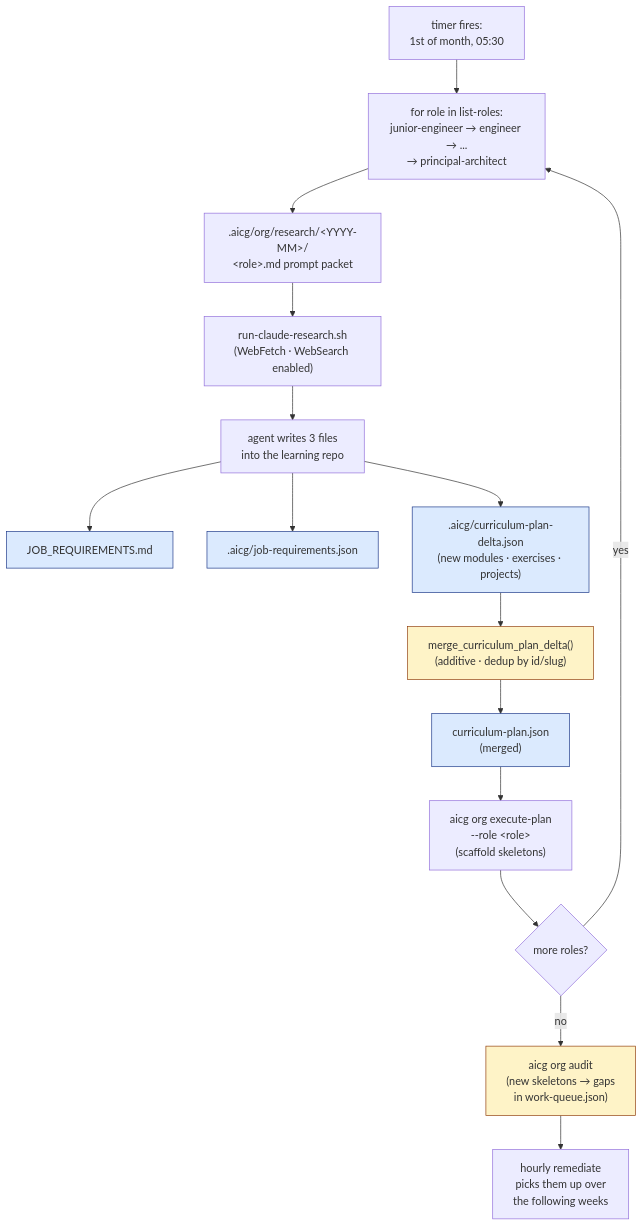
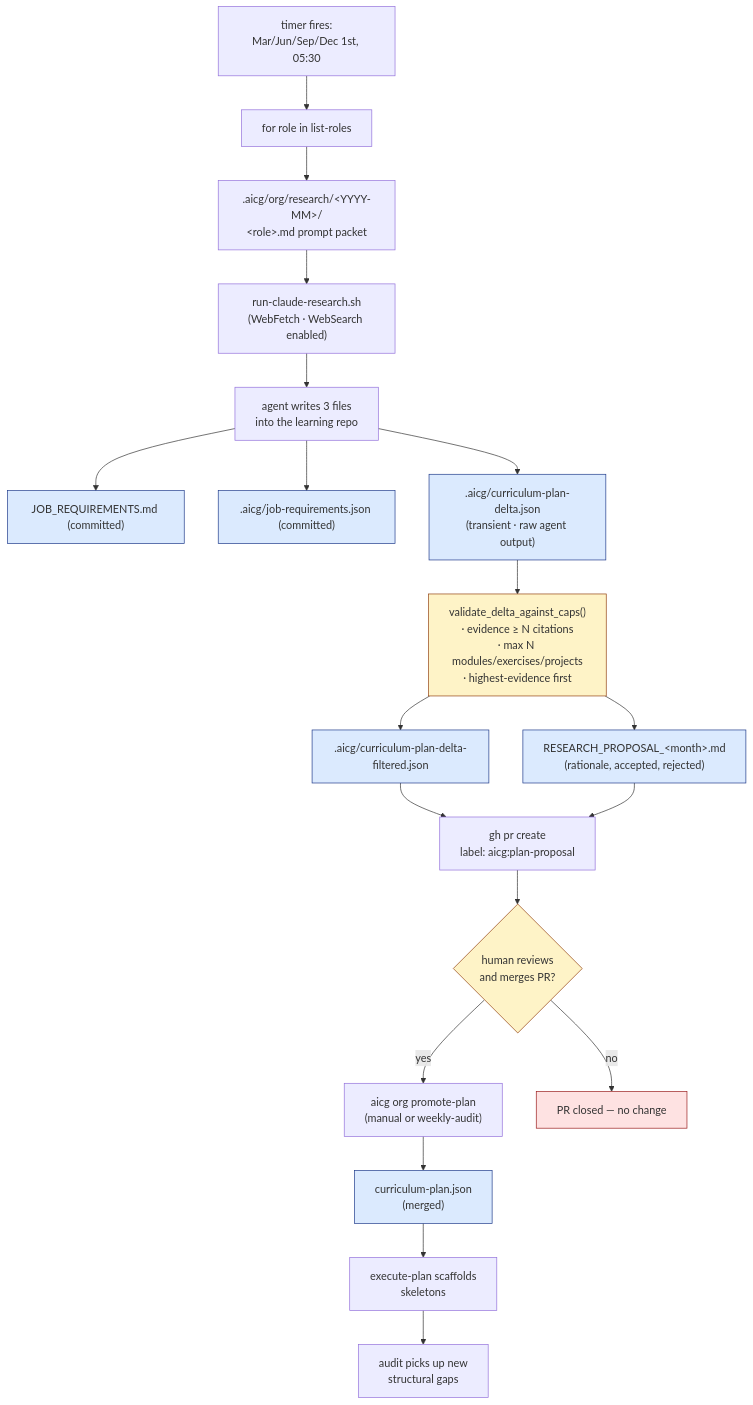
Before and after one commit to ai-infra-curriculum/ai-infra-content-generator: the fourth of 6 diagrams in docs/ARCHITECTURE.md, drawn with Mermaid. The commit also changed other lines of this file and 7 other files, not shown here.

First line of the commit message:
feat: research never auto-merges curriculum — proposals only

````diff
--- a/docs/ARCHITECTURE.md
+++ b/docs/ARCHITECTURE.md
@@ -140,37 +142,42 @@
 ```mermaid
 flowchart TD
-    Tick["timer fires:<br/>1st of month, 05:30"]
-    Loop["for role in list-roles:<br/>junior-engineer → engineer → ...<br/>→ principal-architect"]
+    Tick["timer fires:<br/>Mar/Jun/Sep/Dec 1st, 05:30"]
+    Loop["for role in list-roles"]
     WritePrompt[".aicg/org/research/&lt;YYYY-MM&gt;/<br/>&lt;role&gt;.md prompt packet"]
     Agent["run-claude-research.sh<br/>(WebFetch · WebSearch enabled)"]
     Outputs["agent writes 3 files<br/>into the learning repo"]
-    JRM["JOB_REQUIREMENTS.md"]
-    JRJ[".aicg/job-requirements.json"]
-    Delta[".aicg/curriculum-plan-delta.json<br/>(new modules · exercises · projects)"]
-    Merge["merge_curriculum_plan_delta()<br/>(additive · dedup by id/slug)"]
+    JRM["JOB_REQUIREMENTS.md (committed)"]
+    JRJ[".aicg/job-requirements.json (committed)"]
+    Delta[".aicg/curriculum-plan-delta.json<br/>(transient · raw agent output)"]
+    Validate["validate_delta_against_caps()<br/>· evidence ≥ N citations<br/>· max N modules/exercises/projects<br/>· highest-evidence first"]
+    Filtered[".aicg/curriculum-plan-delta-filtered.json"]
+    Md["RESEARCH_PROPOSAL_&lt;month&gt;.md<br/>(rationale, accepted, rejected)"]
+    PR["gh pr create<br/>label: aicg:plan-proposal"]
+    Human{"human reviews<br/>and merges PR?"}
+    Promote["aicg org promote-plan<br/>(manual or weekly-audit)"]
     Plan["curriculum-plan.json<br/>(merged)"]
-    Exec["aicg org execute-plan<br/>--role &lt;role&gt;<br/>(scaffold skeletons)"]
-    NextLoop{"more roles?"}
-    Audit["aicg org audit<br/>(new skeletons → gaps<br/>in work-queue.json)"]
-    HourlyRemediate["hourly remediate<br/>picks them up over<br/>the following weeks"]
+    Exec["execute-plan scaffolds<br/>skeletons"]
+    Audit["audit picks up new<br/>structural gaps"]
+    Discard["PR closed — no change"]
 
     Tick --> Loop
-    Loop --> WritePrompt
-    WritePrompt --> Agent
-    Agent --> Outputs
+    Loop --> WritePrompt --> Agent --> Outputs
     Outputs --> JRM
     Outputs --> JRJ
     Outputs --> Delta
-    Delta --> Merge
-    Merge --> Plan
-    Plan --> Exec
-    Exec --> NextLoop
-    NextLoop -- yes --> Loop
-    NextLoop -- no --> Audit
-    Audit --> HourlyRemediate
+    Delta --> Validate
+    Validate --> Filtered
+    Validate --> Md
+    Filtered --> PR
+    Md --> PR
+    PR --> Human
+    Human -- yes --> Promote --> Plan --> Exec --> Audit
+    Human -- no --> Discard
 
     classDef io fill:#dbeafe,stroke:#1e3a8a
-    classDef merge fill:#fef3c7,stroke:#92400e
-    class JRM,JRJ,Delta,Plan io
-    class Merge,Audit merge
+    classDef gate fill:#fef3c7,stroke:#92400e
+    classDef terminal fill:#fee2e2,stroke:#991b1b
+    class JRM,JRJ,Delta,Filtered,Md,Plan io
+    class Validate,Human gate
+    class Discard terminal
 ```
````
